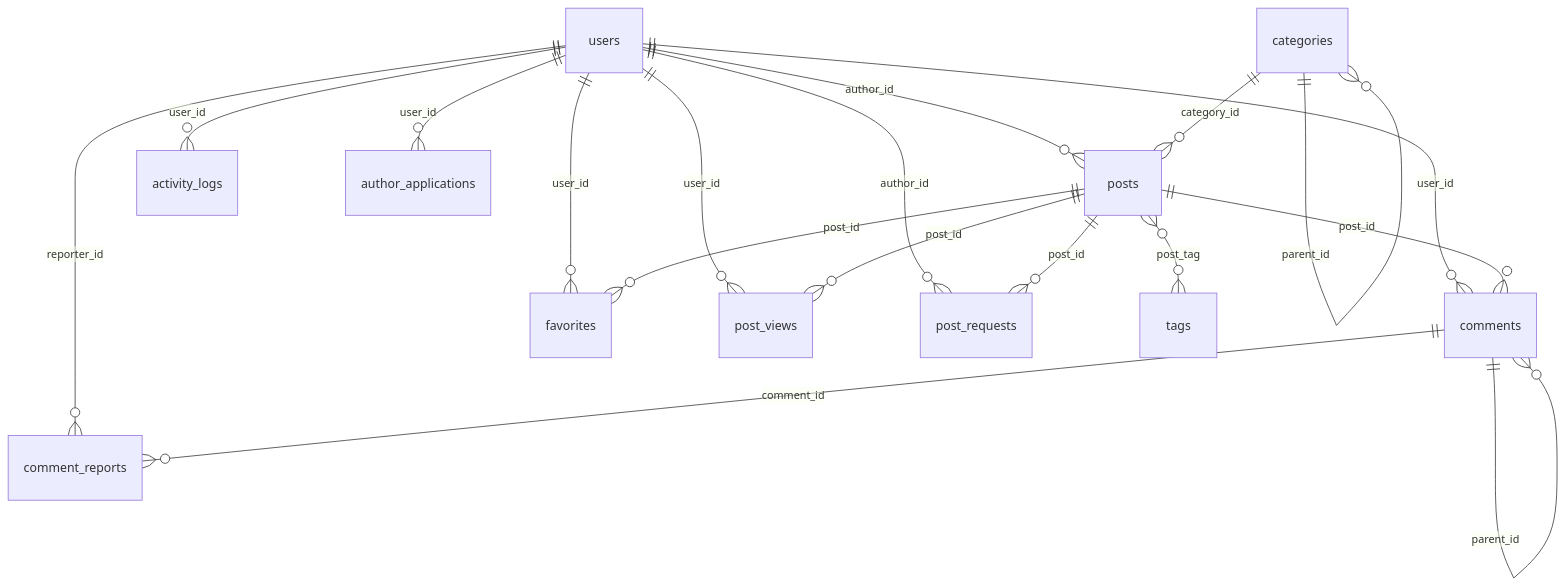
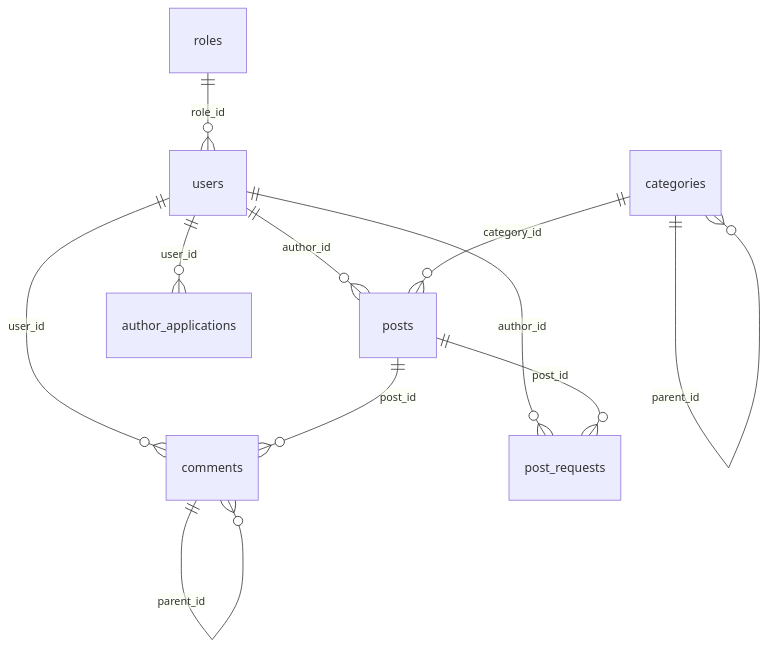
Before and after one commit to Xu4nNh4n/newshub-laravel: the diagram in README.md, drawn with Mermaid. The commit also changed other lines of this file and 163 other files, not shown here.

````diff
--- a/README.md
+++ b/README.md
@@ -82,23 +145,16 @@
 ```mermaid
 erDiagram
+    roles ||--o{ users : "role_id"
     users ||--o{ posts : "author_id"
     users ||--o{ comments : "user_id"
-    users ||--o{ comment_reports : "reporter_id"
-    users ||--o{ favorites : "user_id"
-    users ||--o{ post_views : "user_id"
-    users ||--o{ activity_logs : "user_id"
     users ||--o{ author_applications : "user_id"
     users ||--o{ post_requests : "author_id"
     
     categories ||--o{ categories : "parent_id"
     categories ||--o{ posts : "category_id"
     
     posts ||--o{ comments : "post_id"
-    posts ||--o{ favorites : "post_id"
-    posts ||--o{ post_views : "post_id"
     posts ||--o{ post_requests : "post_id"
-    posts }o--o{ tags : "post_tag"
     
     comments ||--o{ comments : "parent_id"
-    comments ||--o{ comment_reports : "comment_id"
 ```
````
